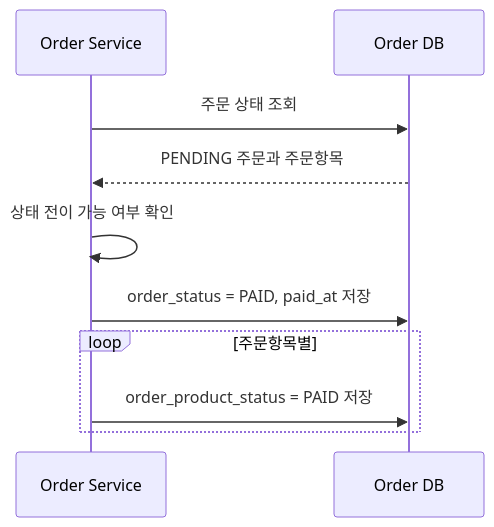
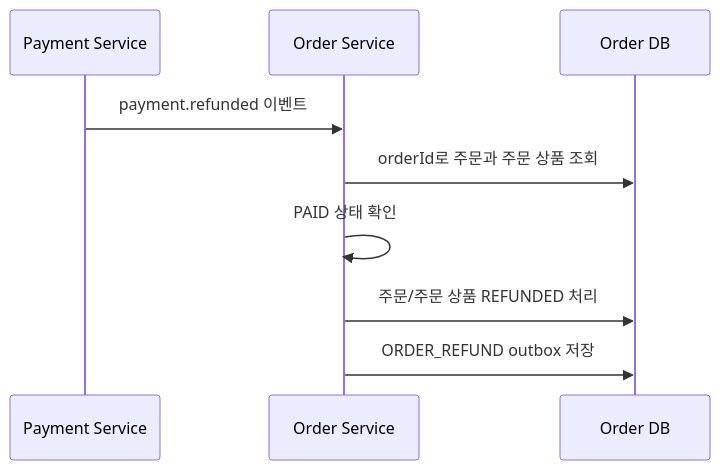
Diagram 14 of 15 in docs/architecture/order-usecase-detail.md (prgrms-be-adv-devcourse/beadv6_6_3JMT_BE), drawn with Mermaid before and after one commit. The commit also changed other lines of this file and 3 other files, not shown here.

Commit message:
docs: order-service 문서 현행화

````diff
--- a/docs/architecture/order-usecase-detail.md
+++ b/docs/architecture/order-usecase-detail.md
@@ -729,13 +449,12 @@
 ```mermaid
 sequenceDiagram
+    participant Payment as Payment Service
     participant Order as Order Service
     participant DB as Order DB
 
-    Order->>DB: 주문 상태 조회
-    DB-->>Order: PENDING 주문과 주문항목
-    Order->>Order: 상태 전이 가능 여부 확인
-    Order->>DB: order_status = PAID, paid_at 저장
-    loop 주문항목별
-        Order->>DB: order_product_status = PAID 저장
-    end
+    Payment->>Order: payment.refunded 이벤트
+    Order->>DB: orderId로 주문과 주문 상품 조회
+    Order->>Order: PAID 상태 확인
+    Order->>DB: 주문/주문 상품 REFUNDED 처리
+    Order->>DB: ORDER_REFUND outbox 저장
 ```
````
